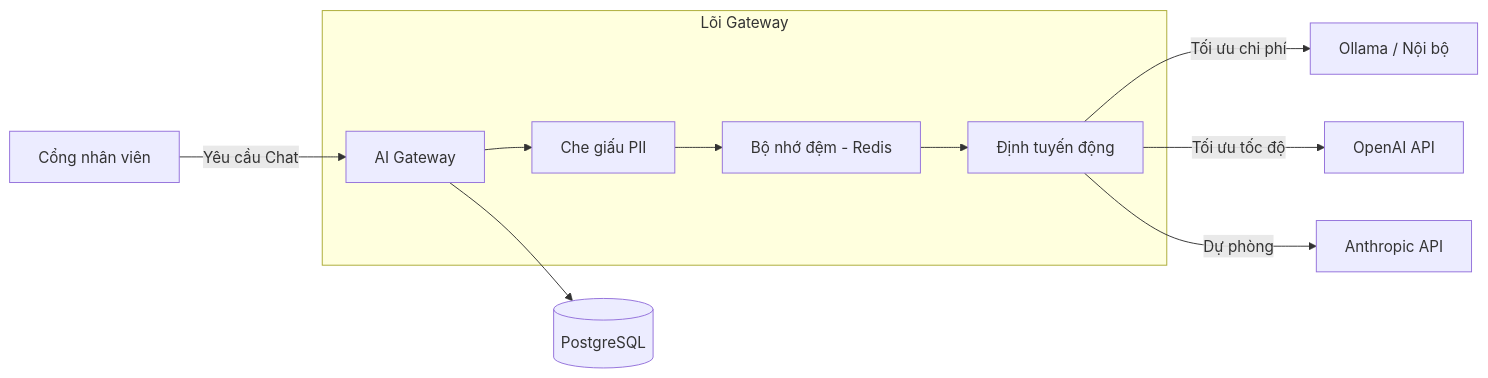
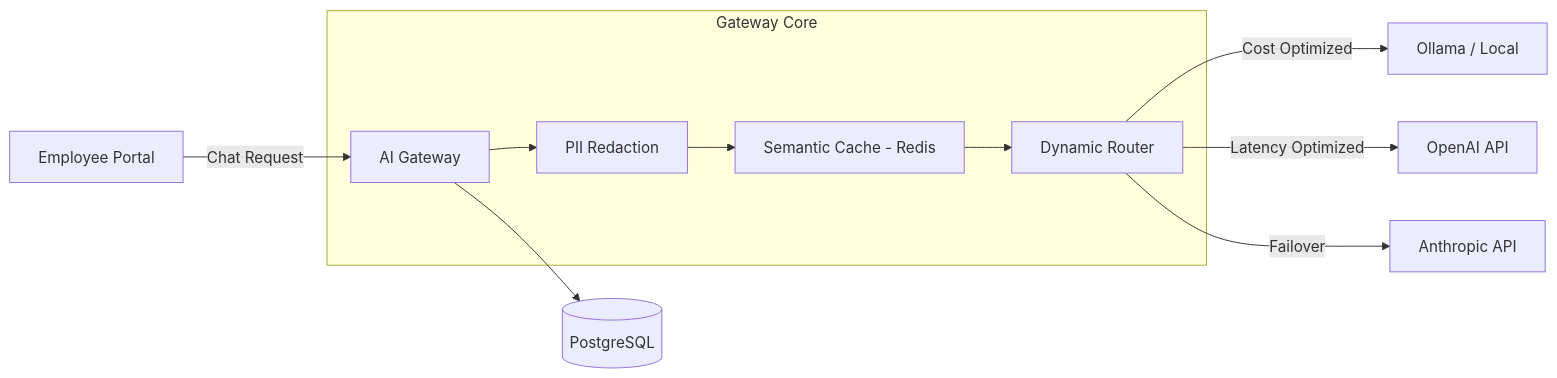
The diagram in README.md (danggvuu/enterprise-ai-platform), drawn with Mermaid before and after one commit. The commit also changed other lines of this file and 1 other file, not shown here.

````diff
--- a/README.md
+++ b/README.md
@@ -49,16 +52,16 @@
 ```mermaid
 graph LR
-    User[Cổng nhân viên] -->|Yêu cầu Chat| Gateway[AI Gateway]
+    User[Employee Portal] -->|Chat Request| Gateway[AI Gateway]
     
-    subgraph Lõi Gateway
-        Gateway --> PII[Che giấu PII]
-        PII --> Cache[Bộ nhớ đệm - Redis]
-        Cache --> Router[Định tuyến động]
+    subgraph Gateway Core
+        Gateway --> PII[PII Redaction]
+        PII --> Cache[Semantic Cache - Redis]
+        Cache --> Router[Dynamic Router]
     end
     
-    Router -->|Tối ưu chi phí| Local[Ollama / Nội bộ]
-    Router -->|Tối ưu tốc độ| OpenAI[OpenAI API]
-    Router -->|Dự phòng| Claude[Anthropic API]
+    Router -->|Cost Optimized| Local[Ollama / Local]
+    Router -->|Latency Optimized| OpenAI[OpenAI API]
+    Router -->|Failover| Claude[Anthropic API]
     
     Gateway --> DB[(PostgreSQL)]
 ```
````
